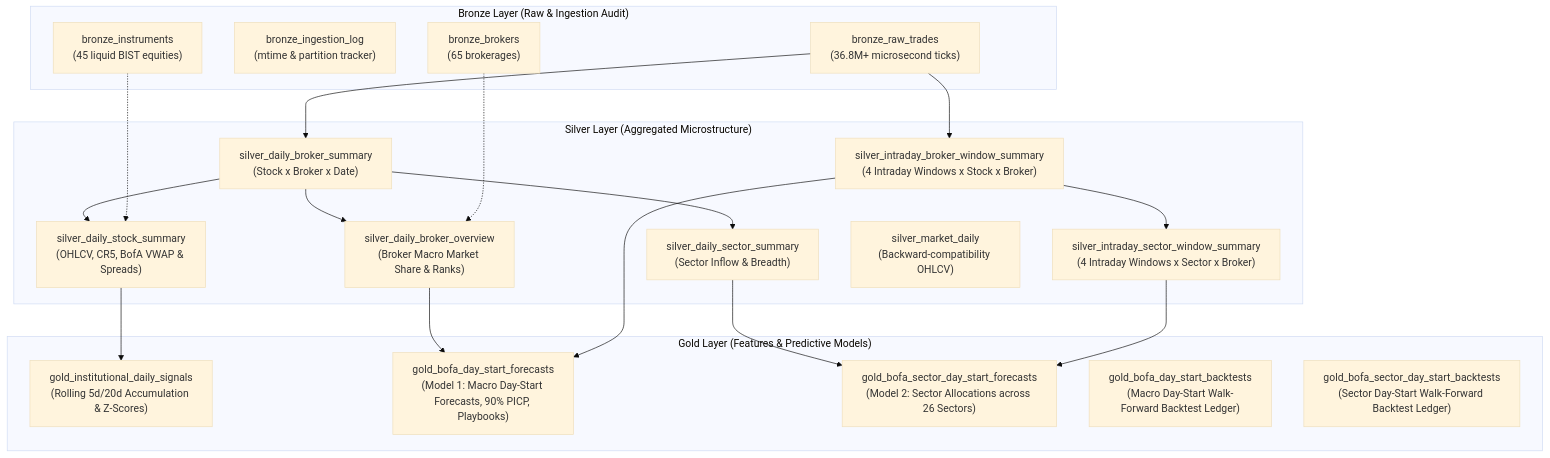
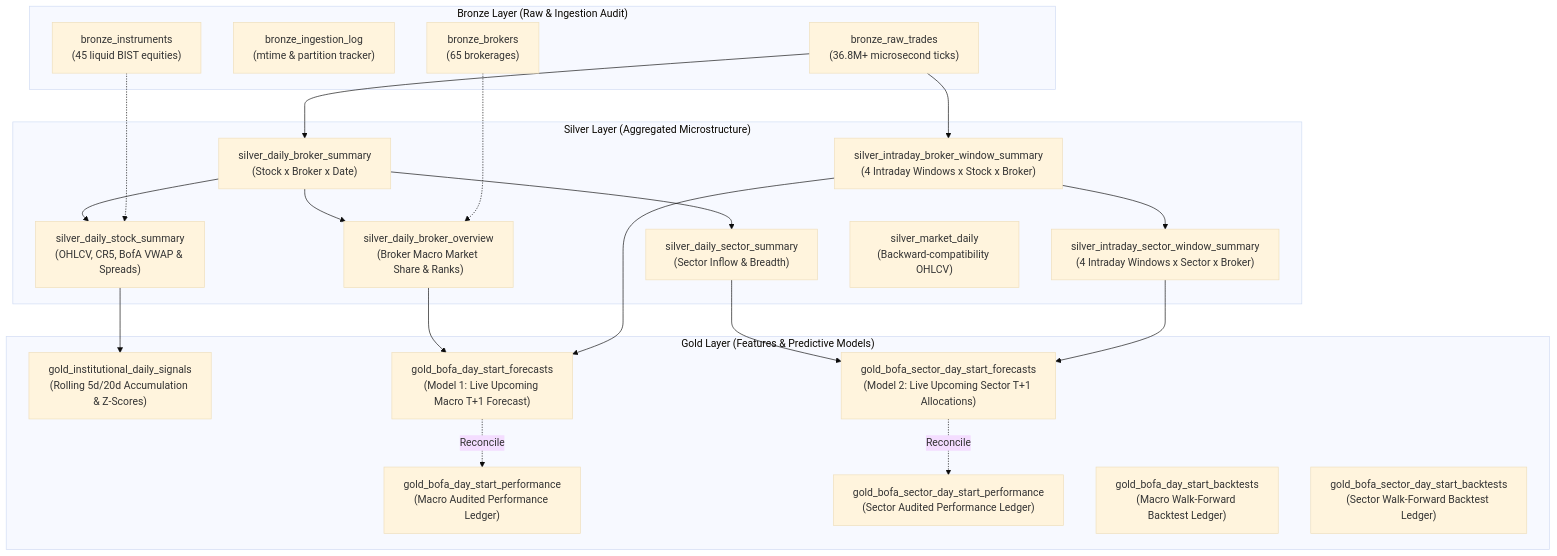
Before and after one commit to ozy-mdk/mdk-trade-oracle: the diagram in .agents/skills/mdk-medallion-pipeline/SKILL.md, drawn with Mermaid (base theme). The commit also changed other lines of this file and 4 other files, not shown here.

````diff
--- a/.agents/skills/mdk-medallion-pipeline/SKILL.md
+++ b/.agents/skills/mdk-medallion-pipeline/SKILL.md
@@ -28,43 +28,47 @@
 ```mermaid
 flowchart TD
     subgraph Bronze["Bronze Layer (Raw & Ingestion Audit)"]
         B_RAW["bronze_raw_trades<br/>(36.8M+ microsecond ticks)"]
         B_LOG["bronze_ingestion_log<br/>(mtime & partition tracker)"]
         B_BROK["bronze_brokers<br/>(65 brokerages)"]
         B_INST["bronze_instruments<br/>(45 liquid BIST equities)"]
     end
 
     subgraph Silver["Silver Layer (Aggregated Microstructure)"]
         S_BROK_SUM["silver_daily_broker_summary<br/>(Stock x Broker x Date)"]
         S_BROK_OVR["silver_daily_broker_overview<br/>(Broker Macro Market Share & Ranks)"]
         S_STK_SUM["silver_daily_stock_summary<br/>(OHLCV, CR5, BofA VWAP & Spreads)"]
         S_SEC_SUM["silver_daily_sector_summary<br/>(Sector Inflow & Breadth)"]
         S_WIN_BROK["silver_intraday_broker_window_summary<br/>(4 Intraday Windows x Stock x Broker)"]
         S_WIN_SEC["silver_intraday_sector_window_summary<br/>(4 Intraday Windows x Sector x Broker)"]
         S_MKT["silver_market_daily<br/>(Backward-compatibility OHLCV)"]
     end
 
     subgraph Gold["Gold Layer (Features & Predictive Models)"]
         G_SIG["gold_institutional_daily_signals<br/>(Rolling 5d/20d Accumulation & Z-Scores)"]
-        G_M1["gold_bofa_day_start_forecasts<br/>(Model 1: Macro Day-Start Forecasts, 90% PICP, Playbooks)"]
-        G_M2["gold_bofa_sector_day_start_forecasts<br/>(Model 2: Sector Allocations across 26 Sectors)"]
-        G_M1_BT["gold_bofa_day_start_backtests<br/>(Macro Day-Start Walk-Forward Backtest Ledger)"]
-        G_M2_BT["gold_bofa_sector_day_start_backtests<br/>(Sector Day-Start Walk-Forward Backtest Ledger)"]
+        G_M1["gold_bofa_day_start_forecasts<br/>(Model 1: Live Upcoming Macro T+1 Forecast)"]
+        G_M2["gold_bofa_sector_day_start_forecasts<br/>(Model 2: Live Upcoming Sector T+1 Allocations)"]
+        G_M1_PERF["gold_bofa_day_start_performance<br/>(Macro Audited Performance Ledger)"]
+        G_M2_PERF["gold_bofa_sector_day_start_performance<br/>(Sector Audited Performance Ledger)"]
+        G_M1_BT["gold_bofa_day_start_backtests<br/>(Macro Walk-Forward Backtest Ledger)"]
+        G_M2_BT["gold_bofa_sector_day_start_backtests<br/>(Sector Walk-Forward Backtest Ledger)"]
     end
 
     B_RAW --> S_BROK_SUM
     B_RAW --> S_WIN_BROK
     B_BROK -.-> S_BROK_OVR
     B_INST -.-> S_STK_SUM
 
     S_BROK_SUM --> S_BROK_OVR
     S_BROK_SUM --> S_STK_SUM
     S_BROK_SUM --> S_SEC_SUM
     S_WIN_BROK --> S_WIN_SEC
 
     S_STK_SUM --> G_SIG
     S_WIN_BROK --> G_M1
     S_BROK_OVR --> G_M1
     S_WIN_SEC --> G_M2
     S_SEC_SUM --> G_M2
+    G_M1 -. Reconcile .-> G_M1_PERF
+    G_M2 -. Reconcile .-> G_M2_PERF
 ```
````
